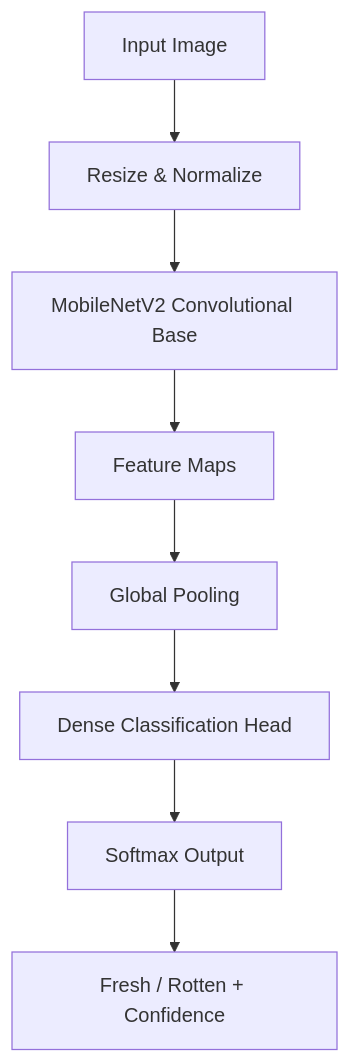
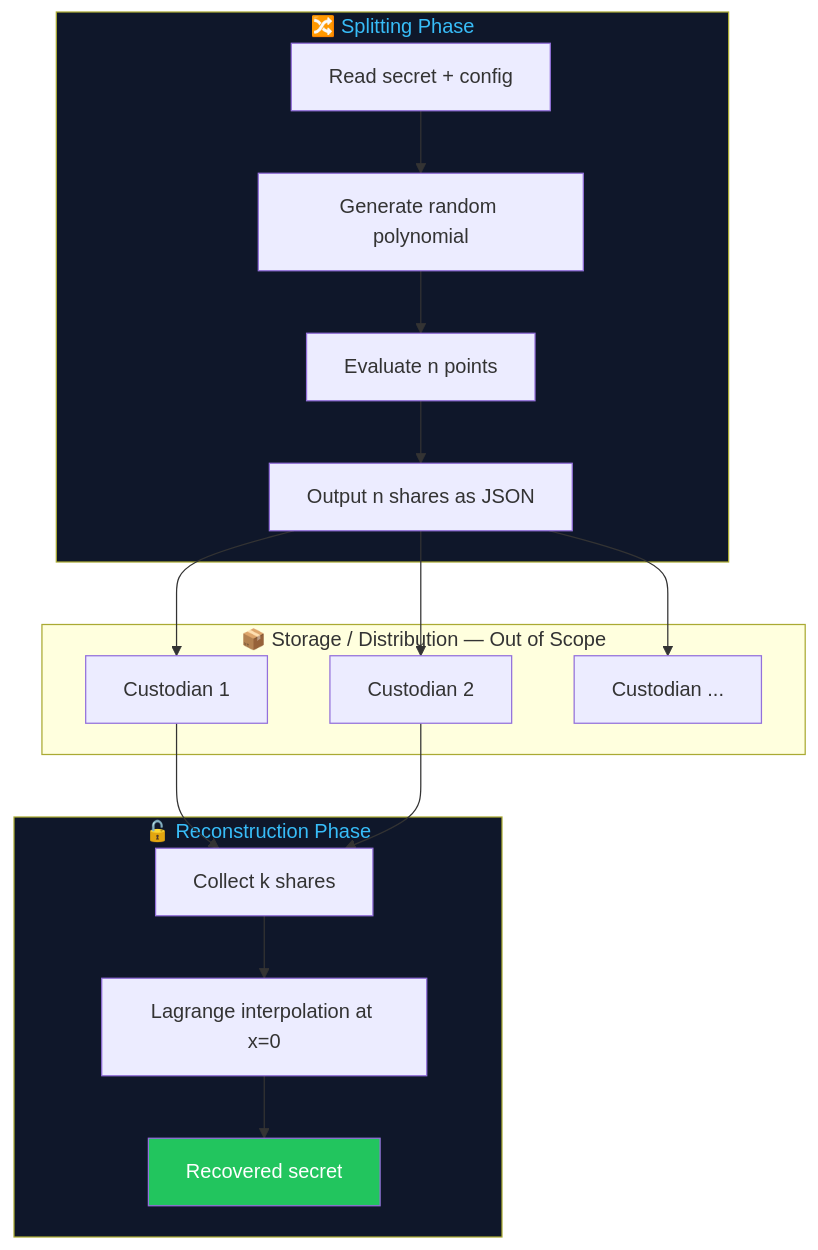
One commit to bhagavan444/shamir-secret-sharing changed the eighth of 13 diagrams in README.md. Above: the diagram before and after it, drawn with Mermaid. The commit also changed other lines of this file, not shown here.

````diff
--- a/README.md
+++ b/README.md
@@ -227,10 +463,24 @@
 ```mermaid
 flowchart TD
-    A[Input Image] --> B[Resize & Normalize]
-    B --> C[MobileNetV2 Convolutional Base]
-    C --> D[Feature Maps]
-    D --> E[Global Pooling]
-    E --> F[Dense Classification Head]
-    F --> G[Softmax Output]
-    G --> H[Fresh / Rotten + Confidence]
+    subgraph SPLIT["🔀 Splitting Phase"]
+        A[Read secret + config] --> B[Generate random polynomial]
+        B --> C[Evaluate n points]
+        C --> D[Output n shares as JSON]
+    end
+
+    subgraph STORE["📦 Storage / Distribution — Out of Scope"]
+        D --> E1[Custodian 1]
+        D --> E2[Custodian 2]
+        D --> E3[Custodian ...]
+    end
+
+    subgraph RECON["🔓 Reconstruction Phase"]
+        E1 & E2 --> F[Collect k shares]
+        F --> G[Lagrange interpolation at x=0]
+        G --> H[Recovered secret]
+    end
+
+    style SPLIT fill:#0F172A,color:#38BDF8
+    style RECON fill:#0F172A,color:#38BDF8
+    style H fill:#22C55E,color:#fff
 ```
````
